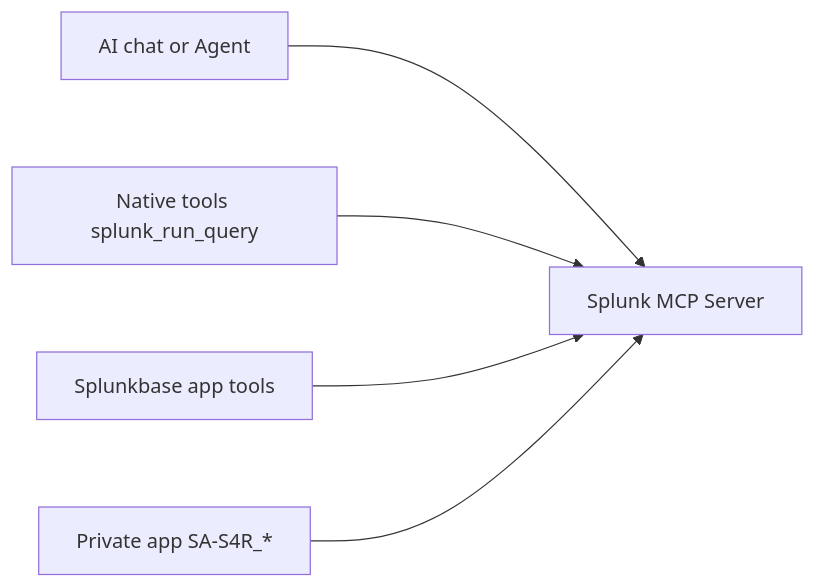
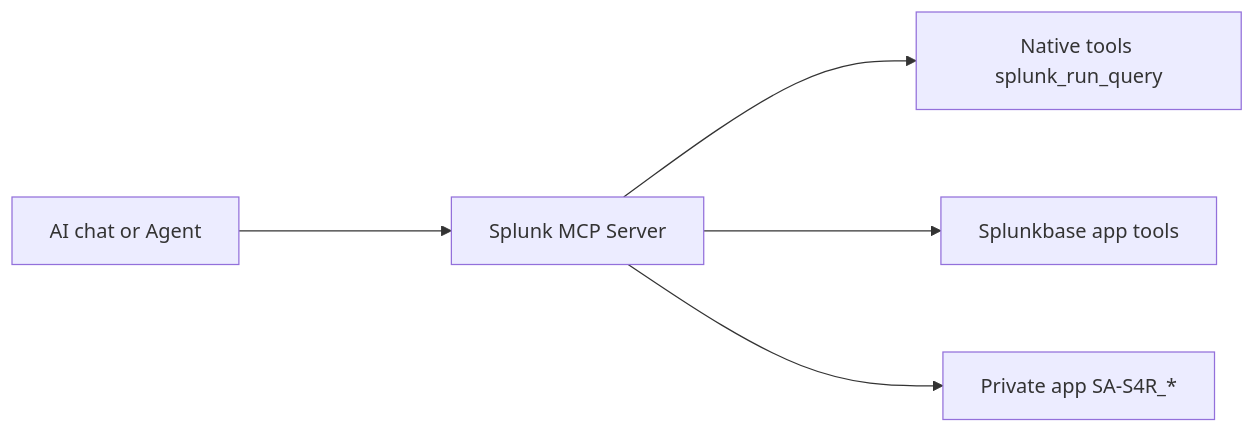
Before and after one commit to dd-Splunk/splunk-mcp: the first of 6 diagrams in demo-slides/s4r-demo-slides.md, drawn with Mermaid. The commit also changed 1 other file, not shown here.

Commit message:
Point MCP architecture arrows from server to tool layers
Native tools, Splunkbase apps, and the private app now receive arrows
from the Splunk MCP Server node. Regenerate s4r-demo-slides.html.

```diff
--- a/demo-slides/s4r-demo-slides.md
+++ b/demo-slides/s4r-demo-slides.md
@@ -183,13 +183,13 @@
 <pre class="mermaid">
 %%{init: {'flowchart': {'nodeSpacing': 70, 'rankSpacing': 170}}}%%
 flowchart LR
   AI["AI chat or Agent"]
   NAT["Native tools splunk_run_query"]
   BASE["Splunkbase app tools"]
   PRIV["Private app SA-S4R_*"]
   MCP["Splunk MCP Server"]
   AI --> MCP
-  NAT --> MCP
-  BASE --> MCP
-  PRIV --> MCP
+  MCP --> NAT
+  MCP --> BASE
+  MCP --> PRIV
 </pre>
```
